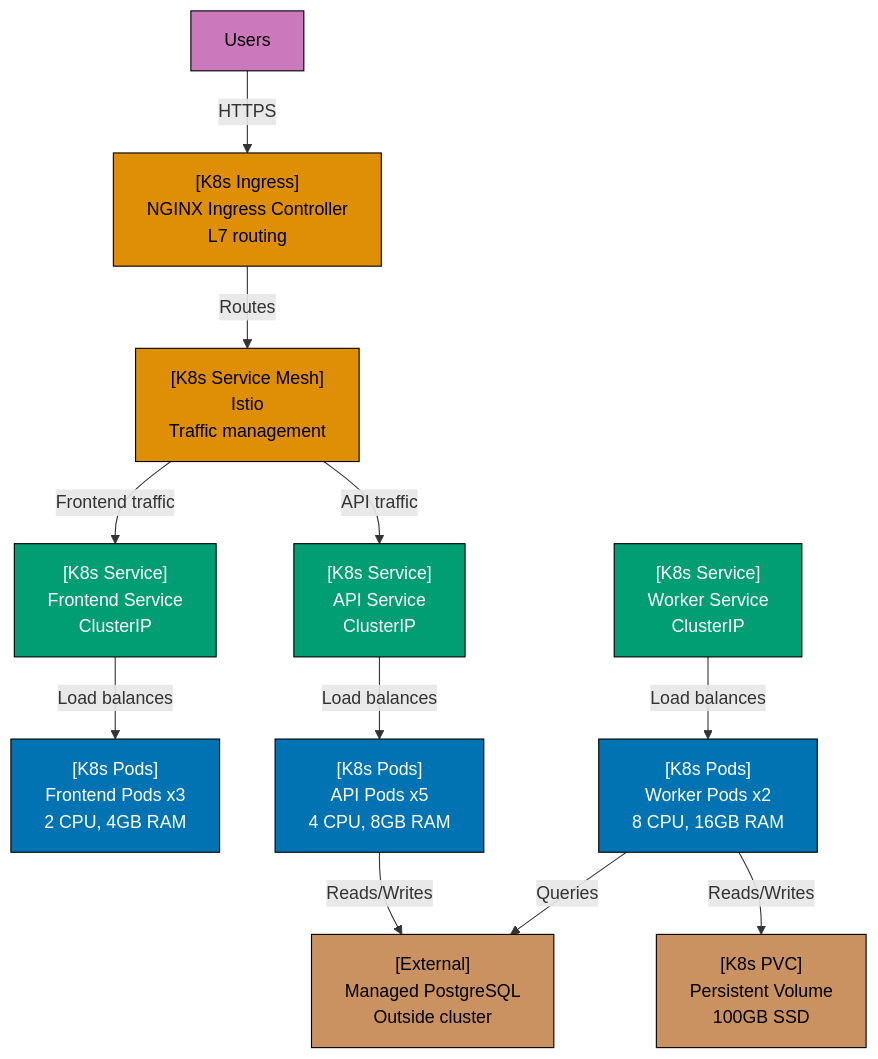
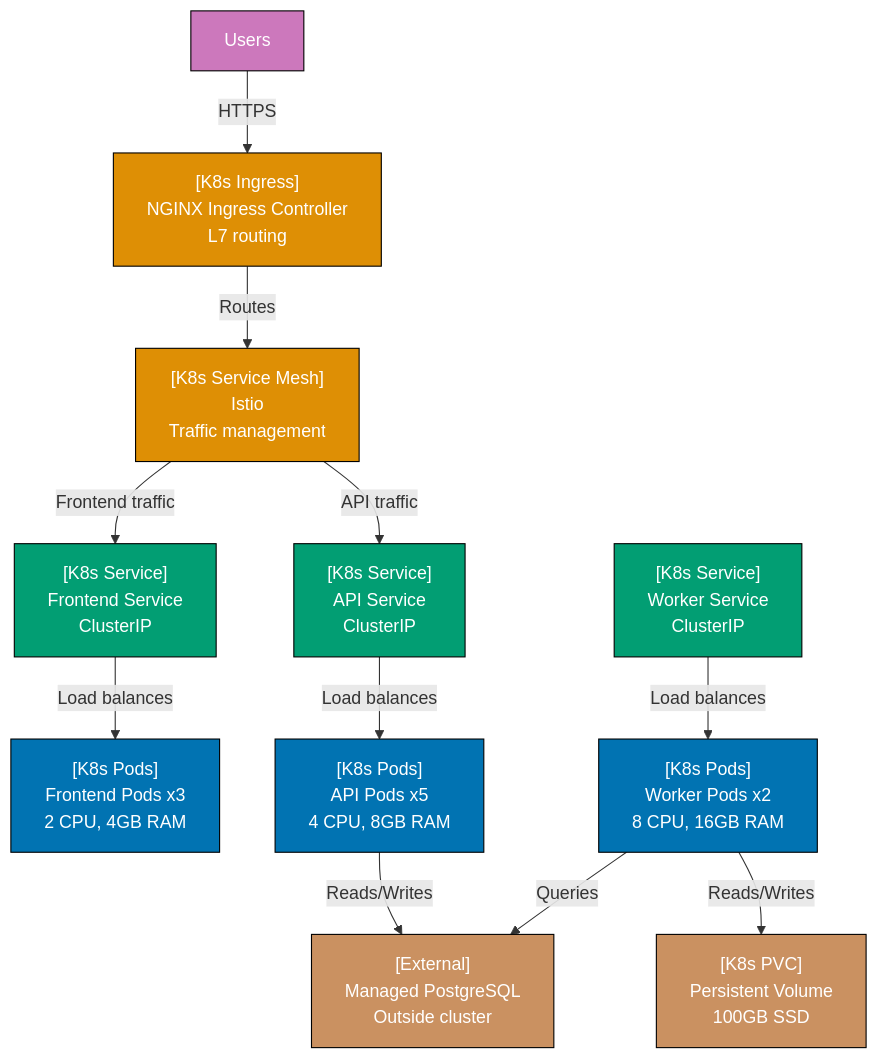
One commit to wahidyankf/open-sharia-enterprise changed the tenth of 30 diagrams in apps/ayokoding-web/content/en/learn/software-engineering/architecture/c4-architecture-model/by-example/intermediate.md. Above: the diagram before and after it, drawn with Mermaid. The commit also changed other lines of this file and 61 other files, not shown here.

First line of the commit message:
fix(ayokoding-web): quote Mermaid node labels with special characters in Example 63

````diff
--- a/apps/ayokoding-web/content/en/learn/software-engineering/architecture/c4-architecture-model/by-example/intermediate.md
+++ b/apps/ayokoding-web/content/en/learn/software-engineering/architecture/c4-architecture-model/by-example/intermediate.md
@@ -547,46 +547,46 @@
 ```mermaid
 graph TD
     Users["Users"]
 
     Ingress["[K8s Ingress]<br/>NGINX Ingress Controller<br/>L7 routing"]
 
     ServiceMesh["[K8s Service Mesh]<br/>Istio<br/>Traffic management"]
 
     FrontendService["[K8s Service]<br/>Frontend Service<br/>ClusterIP"]
     FrontendPods["[K8s Pods]<br/>Frontend Pods x3<br/>2 CPU, 4GB RAM"]
 
     APIService["[K8s Service]<br/>API Service<br/>ClusterIP"]
     APIPods["[K8s Pods]<br/>API Pods x5<br/>4 CPU, 8GB RAM"]
 
     WorkerService["[K8s Service]<br/>Worker Service<br/>ClusterIP"]
     WorkerPods["[K8s Pods]<br/>Worker Pods x2<br/>8 CPU, 16GB RAM"]
 
     PVC["[K8s PVC]<br/>Persistent Volume<br/>100GB SSD"]
 
     ExternalDB["[External]<br/>Managed PostgreSQL<br/>Outside cluster"]
 
     Users -->|HTTPS| Ingress
     Ingress -->|Routes| ServiceMesh
     ServiceMesh -->|Frontend traffic| FrontendService
     ServiceMesh -->|API traffic| APIService
 
     FrontendService -->|Load balances| FrontendPods
     APIService -->|Load balances| APIPods
     WorkerService -->|Load balances| WorkerPods
 
     APIPods -->|Reads/Writes| ExternalDB
     WorkerPods -->|Reads/Writes| PVC
     WorkerPods -->|Queries| ExternalDB
 
-    style Users fill:#CC78BC,stroke:#000,color:#000
-    style Ingress fill:#DE8F05,stroke:#000,color:#000
-    style ServiceMesh fill:#DE8F05,stroke:#000,color:#000
+    style Users fill:#CC78BC,stroke:#000,color:#fff
+    style Ingress fill:#DE8F05,stroke:#000,color:#fff
+    style ServiceMesh fill:#DE8F05,stroke:#000,color:#fff
     style FrontendService fill:#029E73,stroke:#000,color:#fff
     style FrontendPods fill:#0173B2,stroke:#000,color:#fff
     style APIService fill:#029E73,stroke:#000,color:#fff
     style APIPods fill:#0173B2,stroke:#000,color:#fff
     style WorkerService fill:#029E73,stroke:#000,color:#fff
     style WorkerPods fill:#0173B2,stroke:#000,color:#fff
-    style PVC fill:#CA9161,stroke:#000,color:#000
-    style ExternalDB fill:#CA9161,stroke:#000,color:#000
+    style PVC fill:#CA9161,stroke:#000,color:#fff
+    style ExternalDB fill:#CA9161,stroke:#000,color:#fff
 ```
````
